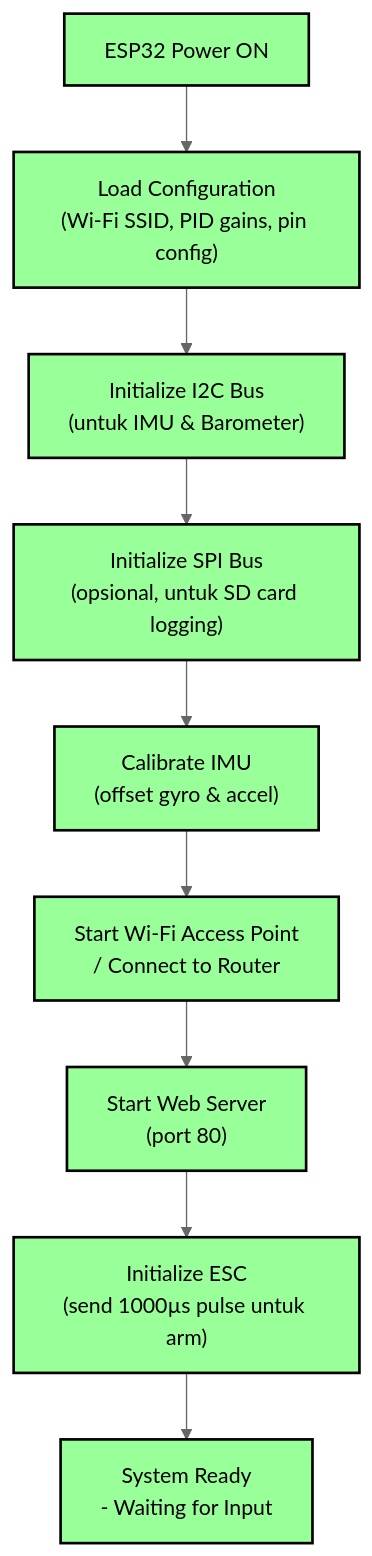
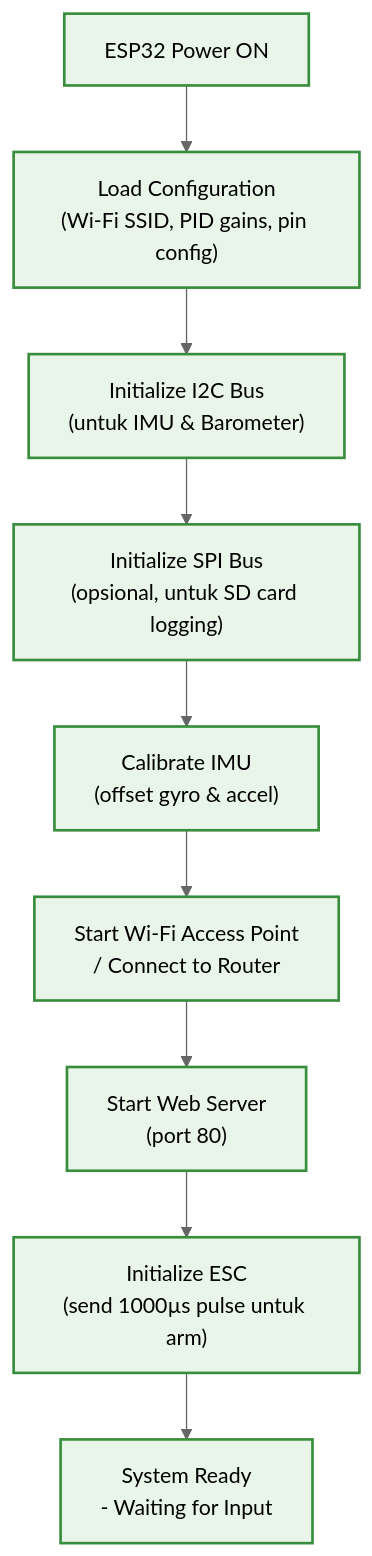
Before and after one commit to ficrammanifur/esp32-drone: the second of 3 diagrams in README.md, drawn with Mermaid (neutral theme). The commit also changed other lines of this file, not shown here.

````diff
--- a/README.md
+++ b/README.md
@@ -293,24 +293,22 @@
 ```mermaid
 flowchart TD
     POWER_ON["ESP32 Power ON"]
     LOAD_CONFIG["Load Configuration<br/>(Wi-Fi SSID, PID gains, pin config)"]
     INIT_I2C["Initialize I2C Bus<br/>(untuk IMU & Barometer)"]
     INIT_SPI["Initialize SPI Bus<br/>(opsional, untuk SD card logging)"]
     CALIB_IMU["Calibrate IMU<br/>(offset gyro & accel)"]
     START_WIFI["Start Wi-Fi Access Point<br/>/ Connect to Router"]
     START_SERVER["Start Web Server<br/>(port 80)"]
     INIT_ESC_ARM["Initialize ESC<br/>(send 1000µs pulse untuk arm)"]
     READY["System Ready<br/>- Waiting for Input"]
-
     POWER_ON --> LOAD_CONFIG
     LOAD_CONFIG --> INIT_I2C
     INIT_I2C --> INIT_SPI
     INIT_SPI --> CALIB_IMU
     CALIB_IMU --> START_WIFI
     START_WIFI --> START_SERVER
     START_SERVER --> INIT_ESC_ARM
     INIT_ESC_ARM --> READY
-
-    classDef init fill:#99ff99,stroke:#000,stroke-width:2px
+    classDef init fill:#e8f5e8,stroke:#388e3c,stroke-width:2px,color:#000
     class POWER_ON,LOAD_CONFIG,INIT_I2C,INIT_SPI,CALIB_IMU,START_WIFI,START_SERVER,INIT_ESC_ARM,READY init
 ```
````
